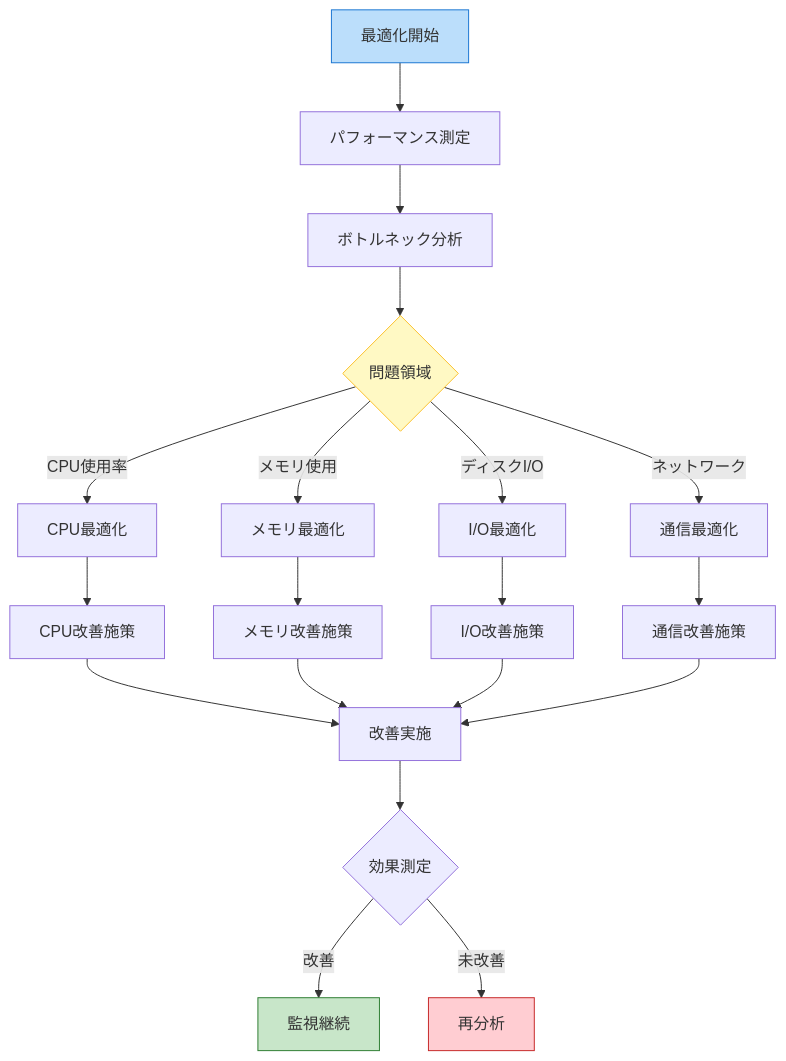
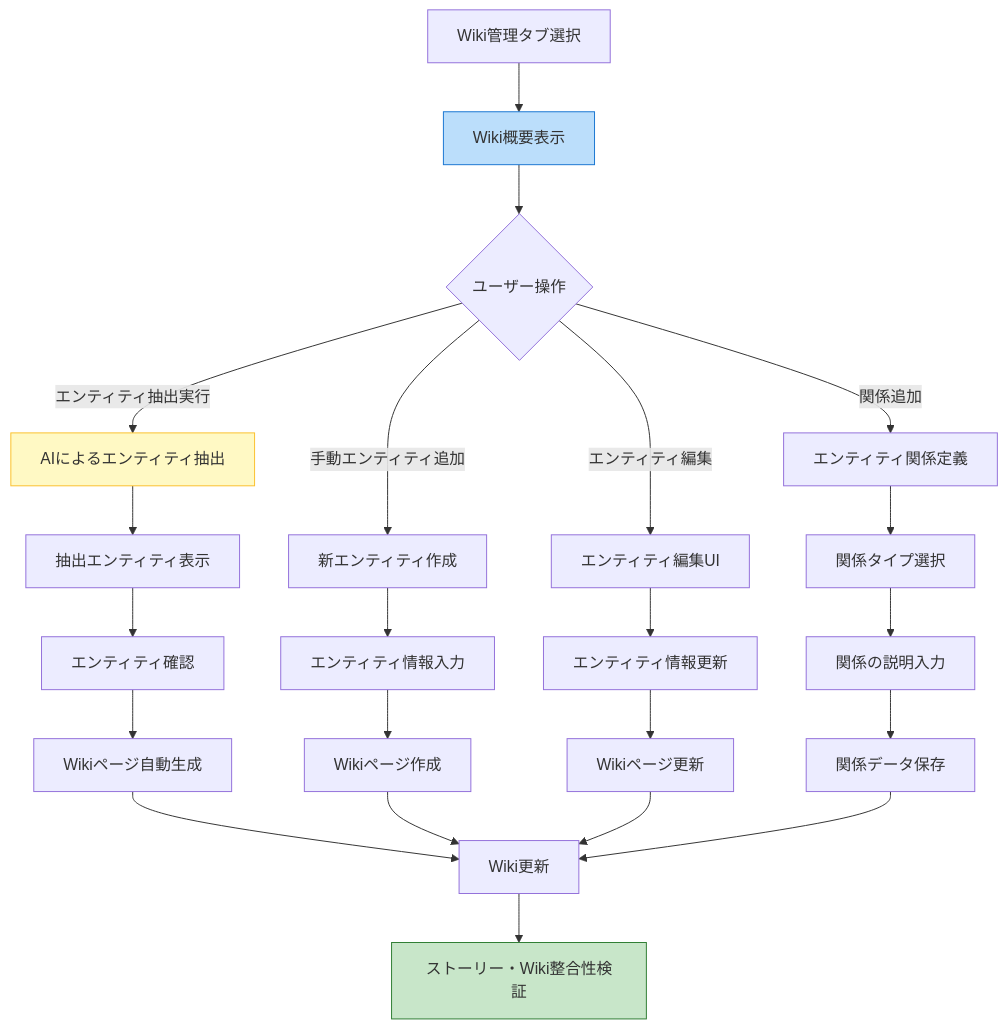
One commit to NewAITees/FableMaze changed the fifth of 9 diagrams in docs/APP_FLOW.md. Above: the diagram before and after it, drawn with Mermaid. The commit also changed other lines of this file and 6 other files, not shown here.

````diff
--- a/docs/APP_FLOW.md
+++ b/docs/APP_FLOW.md
@@ -621,30 +139,35 @@
 ```mermaid
 flowchart TD
-    A[最適化開始] --> B[パフォーマンス測定]
-    B --> C[ボトルネック分析]
-    C --> D{問題領域}
+    A[Wiki管理タブ選択] --> B[Wiki概要表示]
+    B --> C{ユーザー操作}
     
-    D -->|CPU使用率| E[CPU最適化]
-    D -->|メモリ使用| F[メモリ最適化]
-    D -->|ディスクI/O| G[I/O最適化]
-    D -->|ネットワーク| H[通信最適化]
+    C -->|エンティティ抽出実行| D[AIによるエンティティ抽出]
+    C -->|手動エンティティ追加| E[新エンティティ作成]
+    C -->|エンティティ編集| F[エンティティ編集UI]
+    C -->|関係追加| G[エンティティ関係定義]
     
-    E --> I[CPU改善施策]
-    F --> J[メモリ改善施策]
-    G --> K[I/O改善施策]
-    H --> L[通信改善施策]
+    D --> H[抽出エンティティ表示]
+    H --> I[エンティティ確認]
+    I --> J[Wikiページ自動生成]
     
-    I --> M[改善実施]
-    J --> M
-    K --> M
-    L --> M
+    E --> K[エンティティ情報入力]
+    K --> L[Wikiページ作成]
     
-    M --> N{効果測定}
-    N -->|改善| O[監視継続]
-    N -->|未改善| P[再分析]
+    F --> M[エンティティ情報更新]
+    M --> N[Wikiページ更新]
     
-    style A fill:#bbdefb,stroke:#1976d2
+    G --> O[関係タイプ選択]
+    O --> P[関係の説明入力]
+    P --> Q[関係データ保存]
+    
+    J --> R[Wiki更新]
+    L --> R
+    N --> R
+    Q --> R
+    
+    R --> S[ストーリー・Wiki整合性検証]
+    
+    style B fill:#bbdefb,stroke:#1976d2
     style D fill:#fff9c4,stroke:#fbc02d
-    style P fill:#ffcdd2,stroke:#c62828
-    style O fill:#c8e6c9,stroke:#2e7d32
+    style S fill:#c8e6c9,stroke:#2e7d32
 ```
````
